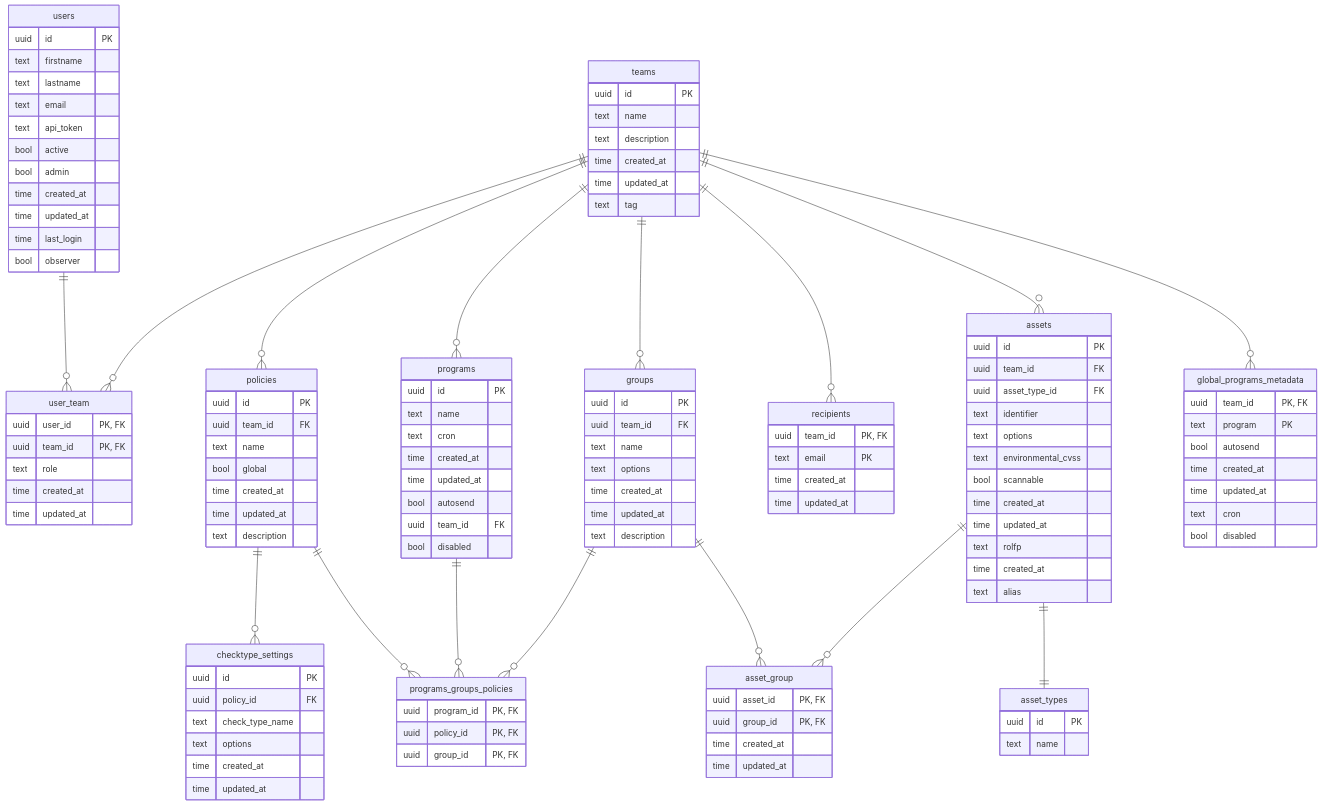
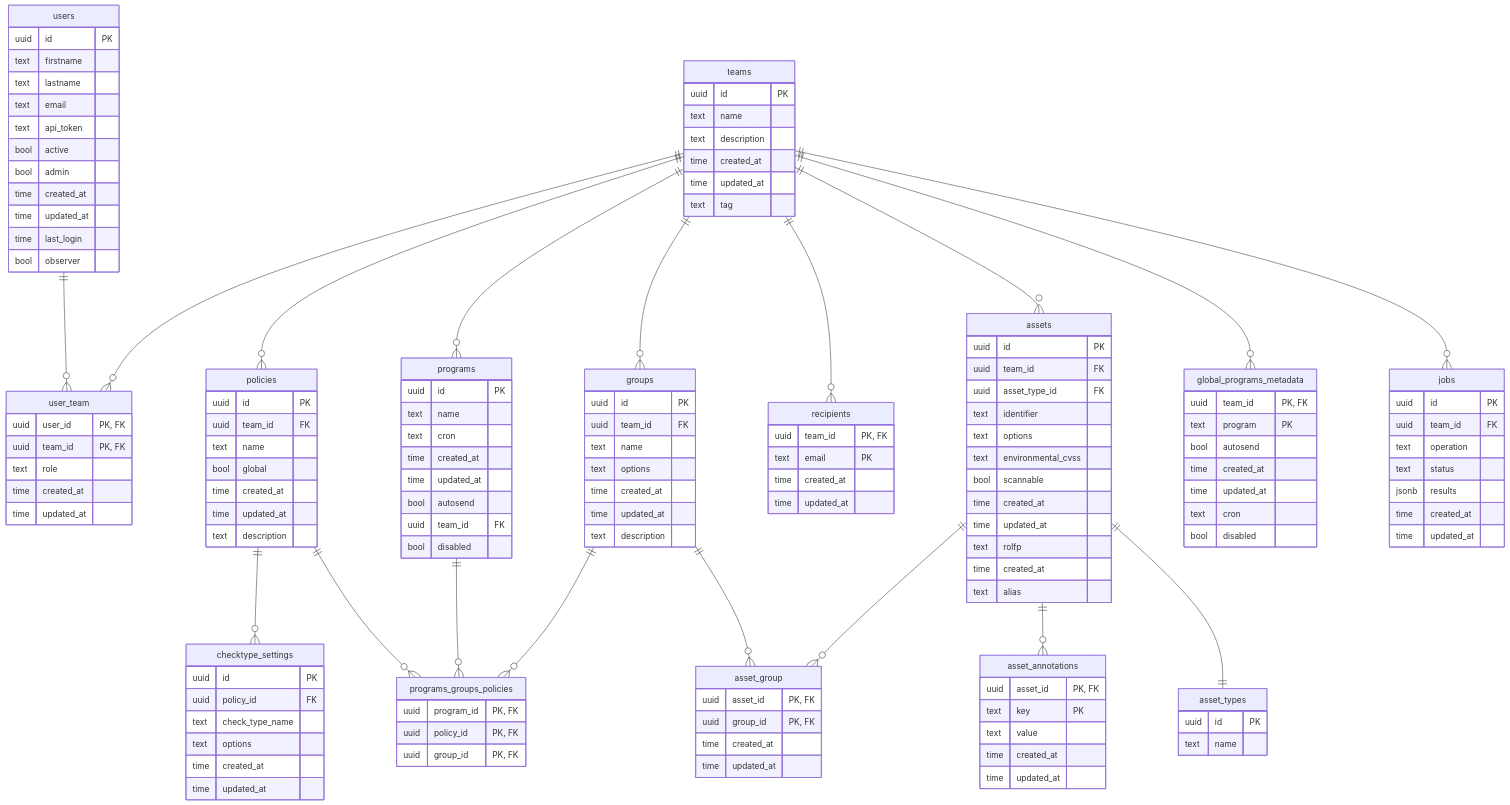
The second of 3 diagrams in docs/data-models.md (adevinta/vulcan-docs), drawn with Mermaid before and after one commit.

Commit message:
Add missing tables

```diff
--- a/docs/data-models.md
+++ b/docs/data-models.md
@@ -144,6 +144,13 @@
         text rolfp
         time created_at
         text alias
+    }
+    asset_annotations {
+        uuid asset_id "PK, FK"
+        text key "PK"
+        text value
+        time created_at
+        time updated_at
     }
     asset_types {
         uuid id "PK"
@@ -205,6 +212,15 @@
         text cron
         bool disabled
     }
+    jobs {
+      uuid id "PK"
+      uuid team_id "FK"
+      text operation
+      text status
+      jsonb results
+      time created_at
+      time updated_at
+    }
     teams ||--o{ user_team : ""
     teams ||--o{ policies : ""
     teams ||--o{ programs : ""
@@ -212,8 +228,10 @@
     teams ||--o{ recipients : ""
     teams ||--o{ assets : ""
     teams ||--o{ global_programs_metadata : ""
+    teams ||--o{ jobs : ""
     users ||--o{ user_team : ""
     assets ||--o{ asset_group : ""
+    assets ||--o{ asset_annotations : ""
     assets ||--|| asset_types : ""
     policies ||--o{ checktype_settings : ""
     policies ||--o{ programs_groups_policies : ""
```
